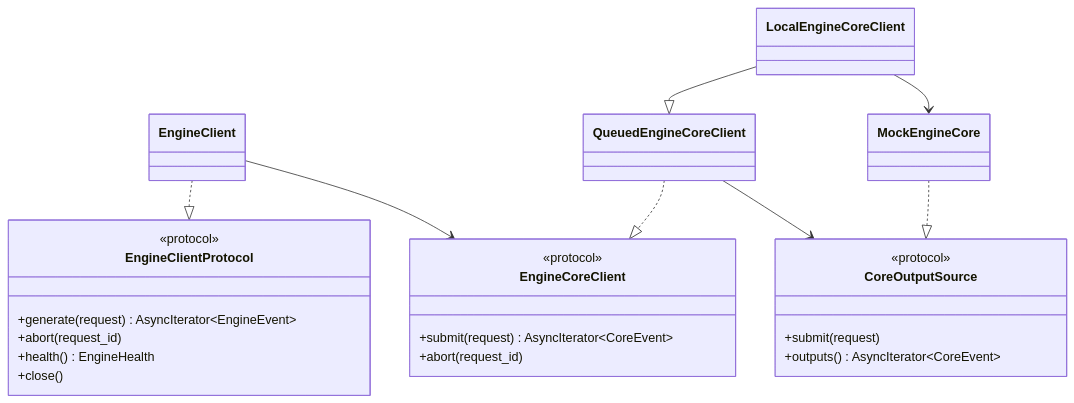
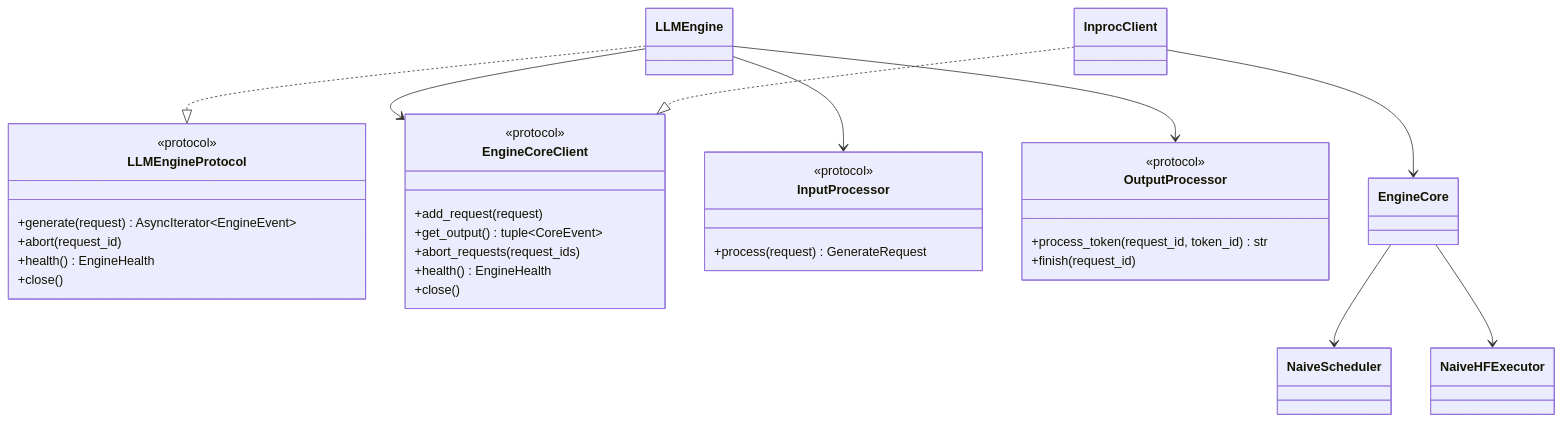
One commit to BigFaceMan/xTokens changed the fourth of 6 diagrams in docs/design/S1-serve_api.md. Above: the diagram before and after it, drawn with Mermaid. The commit also changed other lines of this file and 25 other files, not shown here.

````diff
--- a/docs/design/S1-serve_api.md
+++ b/docs/design/S1-serve_api.md
@@ -153,32 +209,41 @@
 ```mermaid
 classDiagram
-    class EngineClientProtocol {
+    class LLMEngineProtocol {
         <<protocol>>
         +generate(request) AsyncIterator~EngineEvent~
         +abort(request_id)
         +health() EngineHealth
         +close()
     }
-    class EngineClient
+    class LLMEngine
     class EngineCoreClient {
         <<protocol>>
-        +submit(request) AsyncIterator~CoreEvent~
-        +abort(request_id)
+        +add_request(request)
+        +get_output() tuple~CoreEvent~
+        +abort_requests(request_ids)
+        +health() EngineHealth
+        +close()
     }
-    class QueuedEngineCoreClient
-    class LocalEngineCoreClient
-    class CoreOutputSource {
+    class InputProcessor {
         <<protocol>>
-        +submit(request)
-        +outputs() AsyncIterator~CoreEvent~
+        +process(request) GenerateRequest
     }
-    class MockEngineCore
+    class OutputProcessor {
+        <<protocol>>
+        +process_token(request_id, token_id) str
+        +finish(request_id)
+    }
+    class InprocClient
+    class EngineCore
+    class NaiveScheduler
+    class NaiveHFExecutor
 
-    EngineClient ..|> EngineClientProtocol
-    EngineClient --> EngineCoreClient
-    QueuedEngineCoreClient ..|> EngineCoreClient
-    LocalEngineCoreClient --|> QueuedEngineCoreClient
-    QueuedEngineCoreClient --> CoreOutputSource
-    MockEngineCore ..|> CoreOutputSource
-    LocalEngineCoreClient --> MockEngineCore
+    LLMEngine ..|> LLMEngineProtocol
+    LLMEngine --> EngineCoreClient
+    LLMEngine --> InputProcessor
+    LLMEngine --> OutputProcessor
+    InprocClient ..|> EngineCoreClient
+    InprocClient --> EngineCore
+    EngineCore --> NaiveScheduler
+    EngineCore --> NaiveHFExecutor
 ```
````
